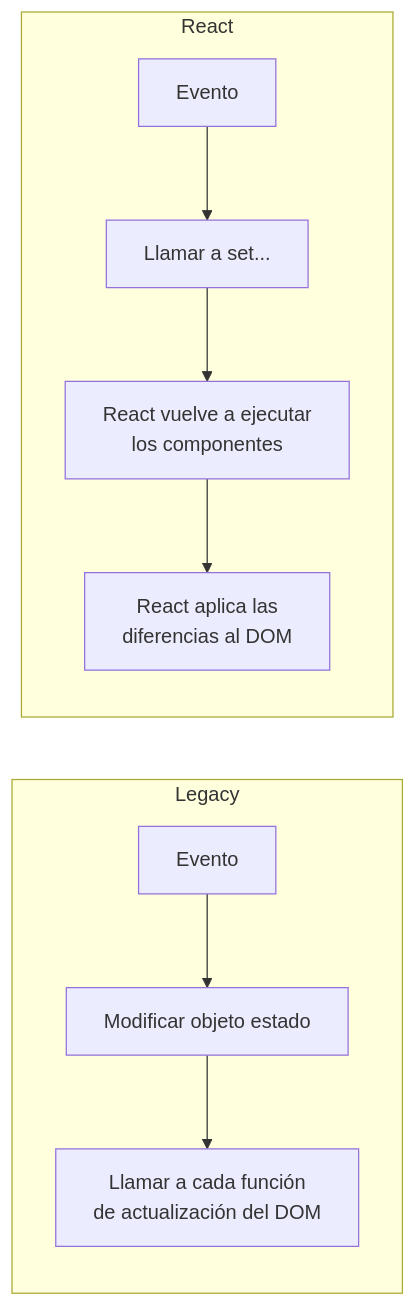
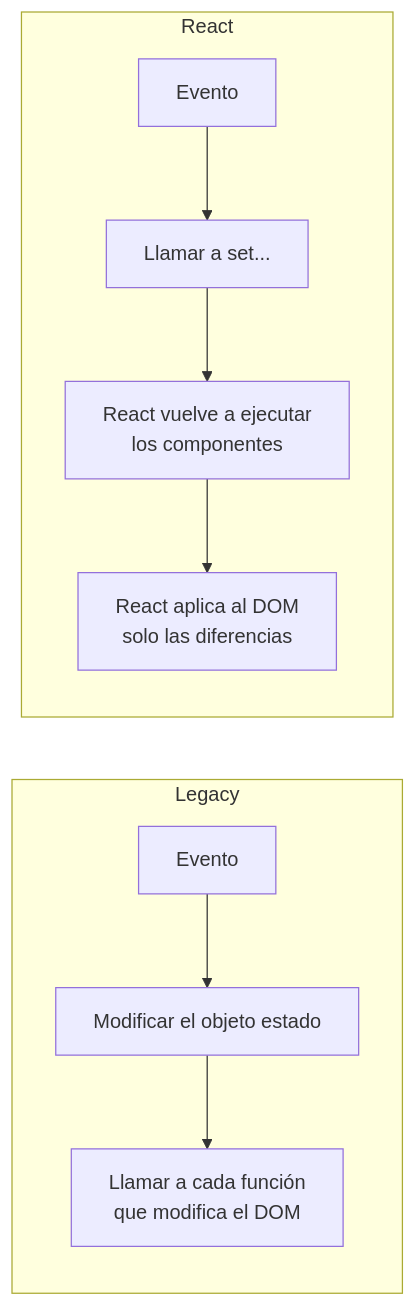
Before and after one commit to jperezgtdev/legacy-react-umg: diagram 11 of 13 in GUIA_PRESENTACION_COMPARATIVA.md, drawn with Mermaid. The commit also changed other lines of this file and 1 other file, not shown here.

````diff
--- a/GUIA_PRESENTACION_COMPARATIVA.md
+++ b/GUIA_PRESENTACION_COMPARATIVA.md
@@ -890,9 +1286,9 @@
 ```mermaid
 flowchart LR
   subgraph Legacy
-    E1[Evento] --> M1[Modificar objeto estado] --> L1[Llamar a cada función<br/>de actualización del DOM]
+    E1[Evento] --> M1[Modificar el objeto estado] --> L1[Llamar a cada función<br/>que modifica el DOM]
   end
   subgraph React
-    E2[Evento] --> M2[Llamar a set...] --> R2[React vuelve a ejecutar<br/>los componentes] --> D2[React aplica las<br/>diferencias al DOM]
+    E2[Evento] --> M2["Llamar a set..."] --> R2[React vuelve a ejecutar<br/>los componentes] --> D2[React aplica al DOM<br/>solo las diferencias]
   end
 ```
````
